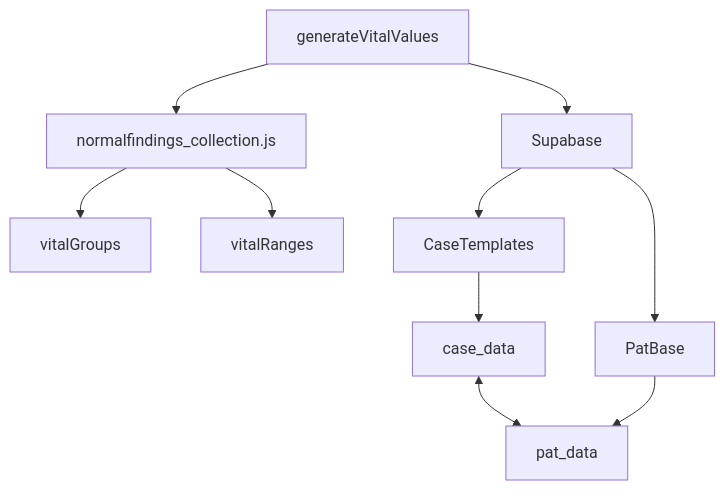
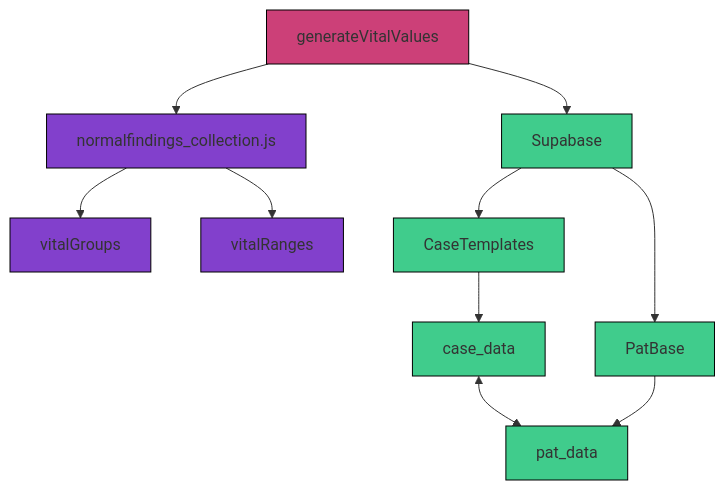
Before and after one commit to jan-cieslik/clinicedge_docs: the third of 5 diagrams in docs/Database_Structure/3_4_1_logic_server.md, drawn with Mermaid. The commit also changed other lines of this file and 8 other files, not shown here.

````diff
--- a/docs/Database_Structure/3_4_1_logic_server.md
+++ b/docs/Database_Structure/3_4_1_logic_server.md
@@ -65,9 +75,14 @@
 ```mermaid
 flowchart TD
-    A["generateVitalValues"] --> B["normalfindings_collection.js"] & H["Supabase"]
-    B --> C["vitalGroups"] & D["vitalRanges"]
-    H --> E["CaseTemplates"] & F["PatBase"]
-    E --> G["case_data"]
-    G <--> I["pat_data"]
+    A["generateVitalValues"]:::logic --> B["normalfindings_collection.js"]:::reference & H["Supabase"]:::supabase
+    B --> C["vitalGroups"]:::reference & D["vitalRanges"]:::reference
+    H --> E["CaseTemplates"]:::supabase & F["PatBase"]:::supabase
+    E --> G["case_data"]:::supabase
+    G <--> I["pat_data"]:::supabase
     F --> I
+
+classDef supabase fill:#40cc8c,stroke:#000000,stroke-width:1px;
+classDef UI fill:#30acac,stroke:#000000,stroke-width:1px;
+classDef logic fill:#cc4078,stroke:#000000,stroke-width:1px;
+classDef reference fill:#8240cc,stroke:#000000,stroke-width:1px;
 ```
````
